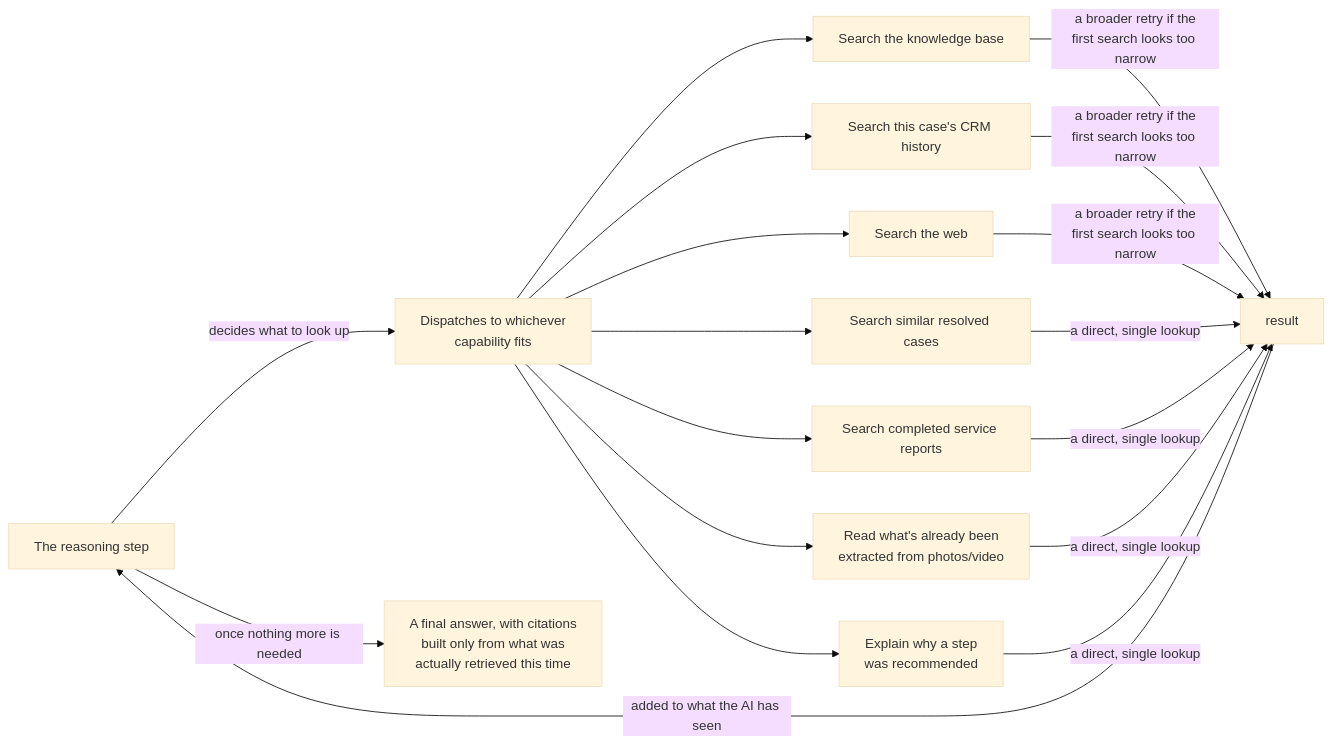
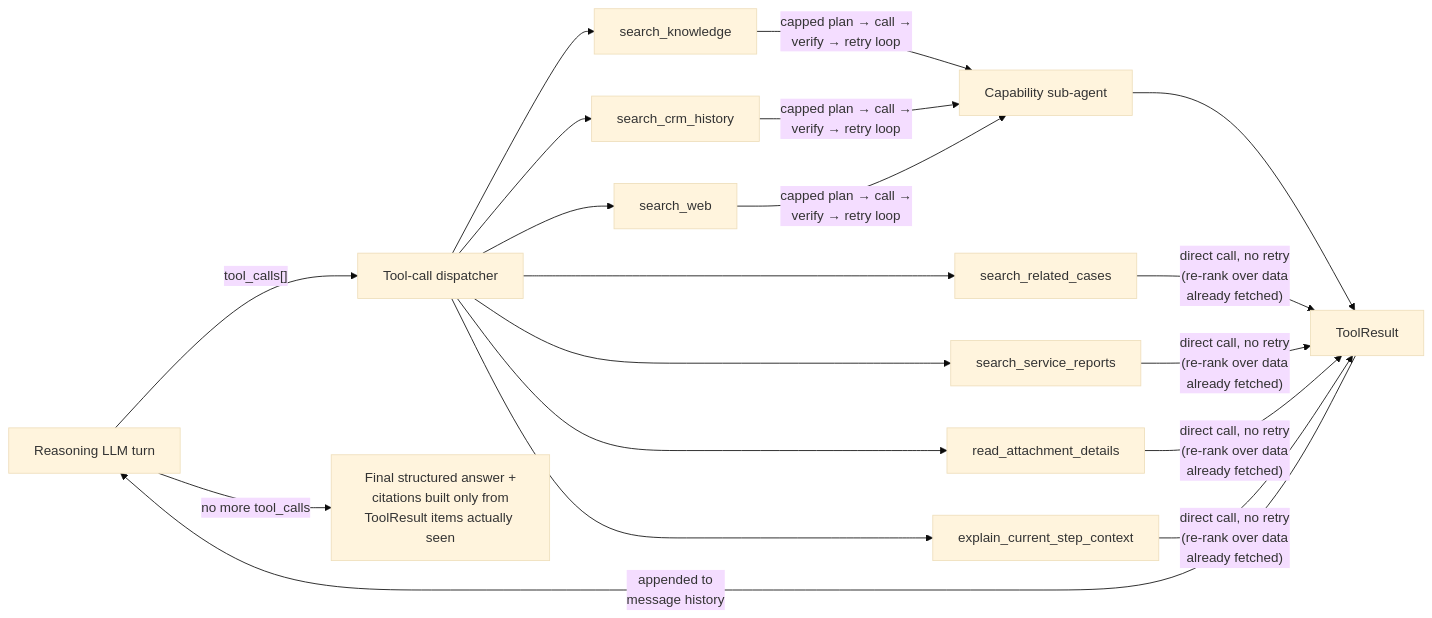
Before and after one commit to IndustryFusion/xana-docs: the second of 4 diagrams in docs/ARCHITECTURE.md, drawn with Mermaid (base theme). The commit also changed other lines of this file and 7 other files, not shown here.

````diff
--- a/docs/ARCHITECTURE.md
+++ b/docs/ARCHITECTURE.md
@@ -55,15 +55,16 @@
 ```mermaid
 flowchart LR
-    llm["The reasoning step"] -->|"decides what to look up"| dispatch["Dispatches to whichever\ncapability fits"]
-    dispatch --> t1["Search the knowledge base"]
-    dispatch --> t2["Search this case's CRM history"]
-    dispatch --> t3["Search the web"]
-    dispatch --> t4["Search similar resolved cases"]
-    dispatch --> t5["Search completed service reports"]
-    dispatch --> t6["Read what's already been\nextracted from photos/video"]
-    dispatch --> t7["Explain why a step\nwas recommended"]
-    t1 & t2 & t3 -->|"a broader retry if the\nfirst search looks too narrow"| sub["result"]
-    t4 & t5 & t6 & t7 -->|"a direct, single lookup"| sub
-    sub -->|"added to what the AI has seen"| llm
-    llm -->|"once nothing more is needed"| answer["A final answer, with citations\nbuilt only from what was\nactually retrieved this time"]
+    llm["Reasoning LLM turn"] -->|"tool_calls[]"| dispatch["Tool-call dispatcher"]
+    dispatch --> t1["search_knowledge"]
+    dispatch --> t2["search_crm_history"]
+    dispatch --> t3["search_web"]
+    dispatch --> t4["search_related_cases"]
+    dispatch --> t5["search_service_reports"]
+    dispatch --> t6["read_attachment_details"]
+    dispatch --> t7["explain_current_step_context"]
+    t1 & t2 & t3 -->|"capped plan → call →<br/>verify → retry loop"| sub["Capability sub-agent"]
+    sub --> result["ToolResult"]
+    t4 & t5 & t6 & t7 -->|"direct call, no retry<br/>(re-rank over data<br/>already fetched)"| result
+    result -->|"appended to<br/>message history"| llm
+    llm -->|"no more tool_calls"| answer["Final structured answer +<br/>citations built only from<br/>ToolResult items actually seen"]
 ```
````
